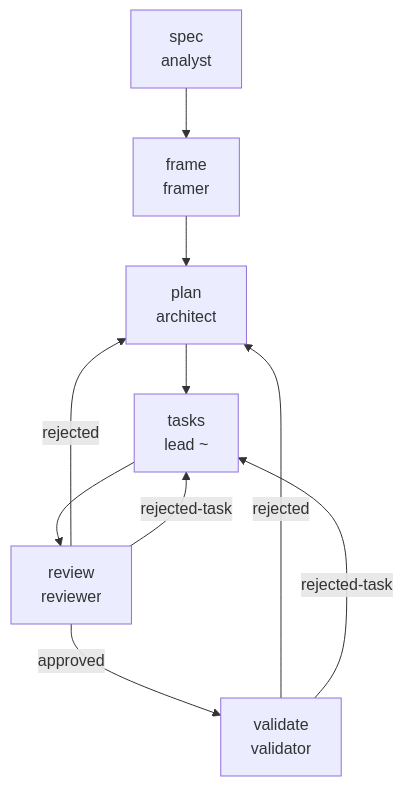
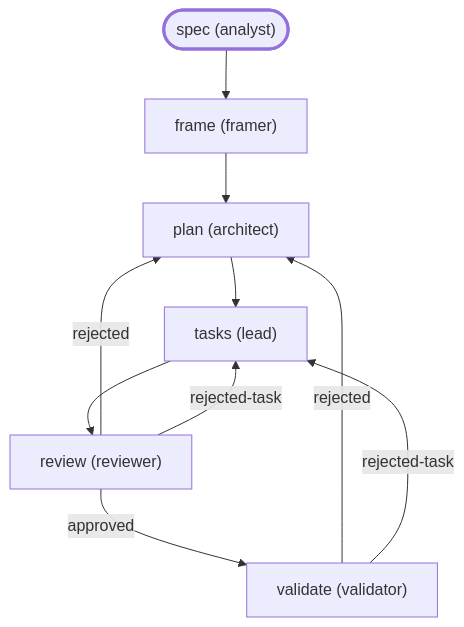
Before and after one commit to Dr0drigues/armadai: the second of 3 diagrams in docs/superpowers/plans/2026-11-10-retex-orchestration.md, drawn with Mermaid. The commit also changed other lines of this file and 4 other files, not shown here.

````diff
--- a/docs/superpowers/plans/2026-11-10-retex-orchestration.md
+++ b/docs/superpowers/plans/2026-11-10-retex-orchestration.md
@@ -124,12 +124,21 @@
 ```mermaid
+%% flow: lot
 flowchart TD
-    spec[spec<br/>analyst] --> frame[frame<br/>framer]
-    frame --> plan[plan<br/>architect]
-    plan --> tasks[tasks<br/>lead ~]
-    tasks --> review[review<br/>reviewer]
-    review -->|approved| validate[validate<br/>validator]
-    review -->|rejected| plan
-    review -->|rejected-task| tasks
-    validate -->|rejected| plan
-    validate -->|rejected-task| tasks
+  n_spec(["spec (analyst)"])
+  n_frame["frame (framer)"]
+  n_plan["plan (architect)"]
+  n_tasks["tasks (lead)"]
+  n_review["review (reviewer)"]
+  n_validate["validate (validator)"]
+  n_spec --> n_frame
+  n_frame --> n_plan
+  n_plan --> n_tasks
+  n_tasks --> n_review
+  n_review -->|"approved"| n_validate
+  n_review -->|"rejected"| n_plan
+  n_review -->|"rejected-task"| n_tasks
+  n_validate -->|"rejected"| n_plan
+  n_validate -->|"rejected-task"| n_tasks
+  classDef startStep stroke-width:3px
+  class n_spec startStep
 ```
````
